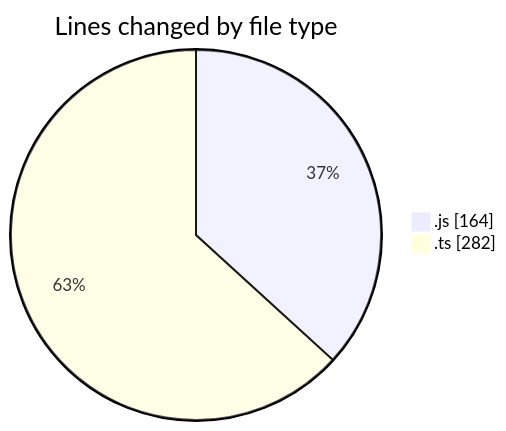
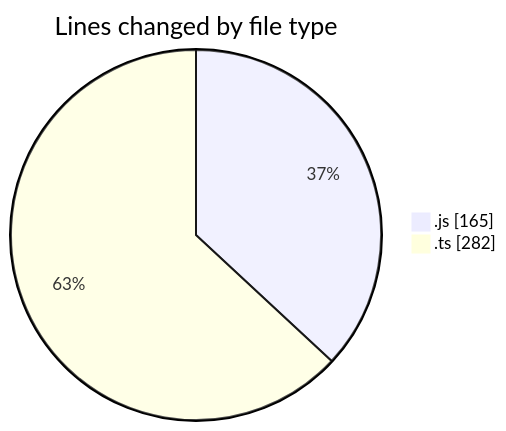
One commit to momahboobian/code-tracking changed the first of 2 diagrams in 2025-05-29/cda/README.md. Above: the diagram before and after it, drawn with Mermaid. The commit also changed other lines of this file and 1 other file, not shown here.

````diff
--- a/2025-05-29/cda/README.md
+++ b/2025-05-29/cda/README.md
@@ -21,6 +21,6 @@
 ```mermaid
 pie showData
 title Lines changed by file type
-".js" : 164
+".js" : 165
 ".ts" : 282
 ```
````
